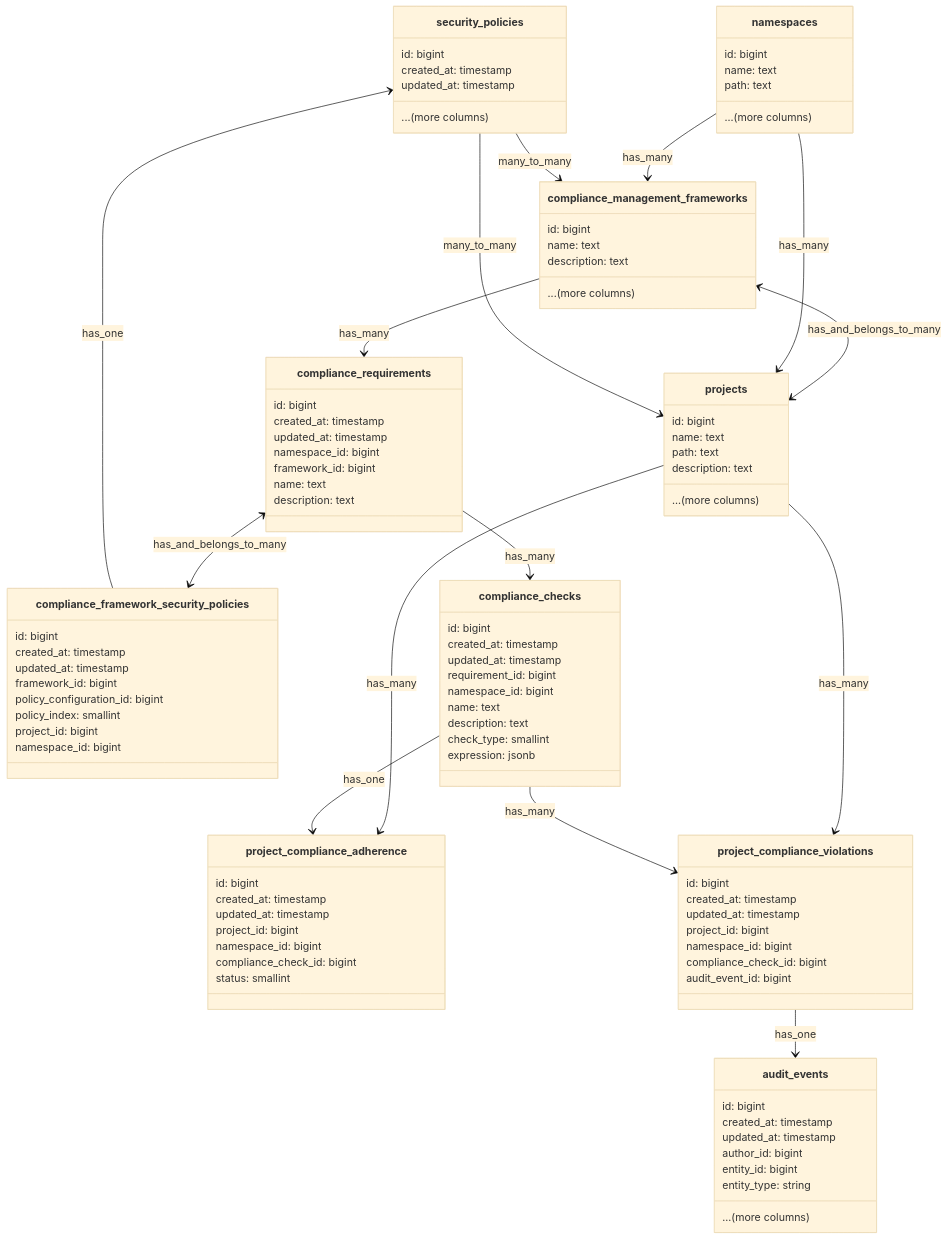
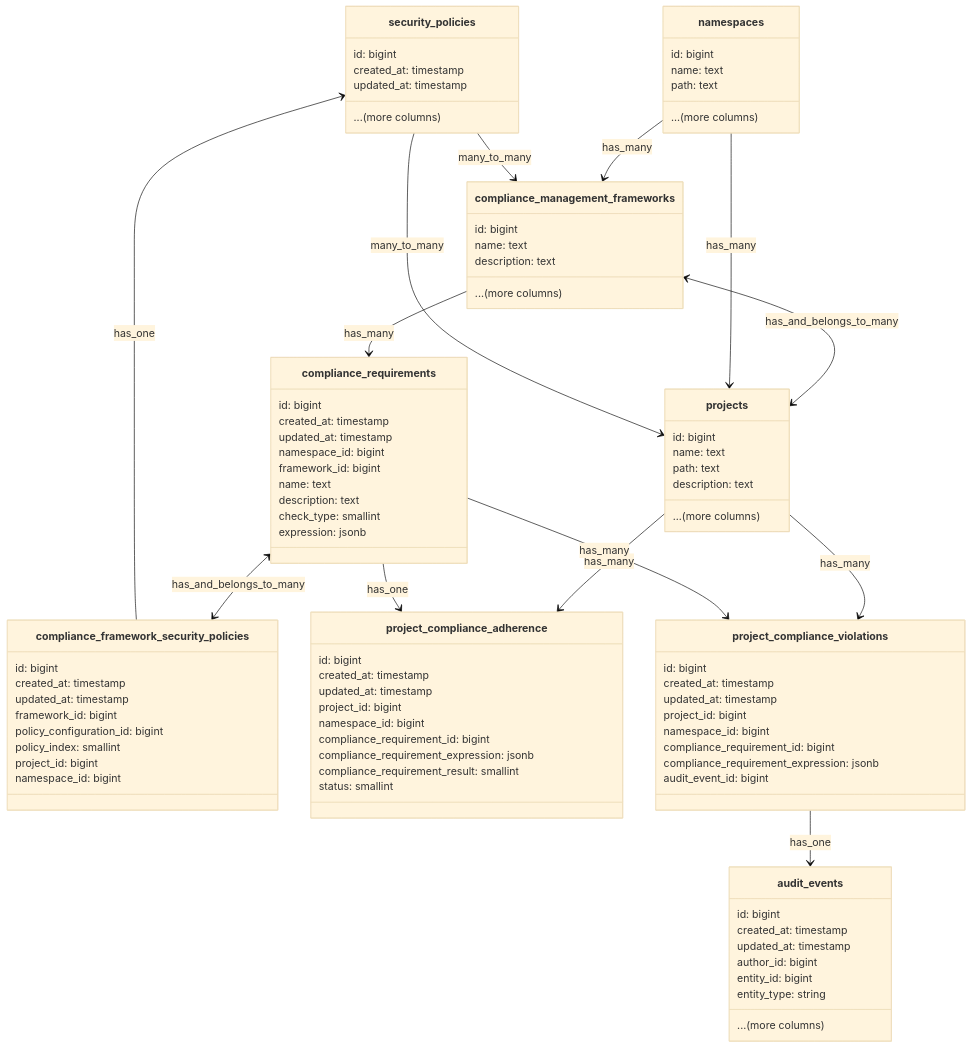
The diagram in content/handbook/engineering/architecture/design-documents/compliance-frameworks/decisions/004_violation_as_audit_events.md (moliver28/research-handbook), drawn with Mermaid (base theme) before and after one commit.

```diff
--- a/content/handbook/engineering/architecture/design-documents/compliance-frameworks/decisions/004_violation_as_audit_events.md
+++ b/content/handbook/engineering/architecture/design-documents/compliance-frameworks/decisions/004_violation_as_audit_events.md
@@ -50,6 +50,8 @@
     framework_id: bigint
     name: text
     description: text
+    check_type: smallint
+    expression: jsonb
 }
 
 class compliance_framework_security_policies {
@@ -63,25 +65,15 @@
     namespace_id: bigint
 }
 
-class compliance_checks {
-    id: bigint
-    created_at: timestamp
-    updated_at: timestamp
-    requirement_id: bigint
-    namespace_id: bigint
-    name: text
-    description: text
-    check_type: smallint
-    expression: jsonb
-}
-
 class project_compliance_adherence {
     id: bigint
     created_at: timestamp
     updated_at: timestamp
     project_id: bigint
     namespace_id: bigint
-    compliance_check_id: bigint
+    compliance_requirement_id: bigint
+    compliance_requirement_expression: jsonb
+    compliance_requirement_result: smallint
     status: smallint
 }
 
@@ -91,7 +83,8 @@
     updated_at: timestamp
     project_id: bigint
     namespace_id: bigint
-    compliance_check_id: bigint
+    compliance_requirement_id: bigint
+    compliance_requirement_expression: jsonb
     audit_event_id: bigint
 }
 
@@ -112,16 +105,15 @@
     ...(more columns)
 }
 
-compliance_requirements --> compliance_checks : has_many
 compliance_requirements <--> compliance_framework_security_policies : has_and_belongs_to_many
 compliance_management_frameworks --> compliance_requirements : has_many
 compliance_management_frameworks <--> projects : has_and_belongs_to_many
 namespaces --> projects : has_many
 namespaces --> compliance_management_frameworks : has_many
 projects --> project_compliance_adherence : has_many
-compliance_checks --> project_compliance_adherence : has_one
+compliance_requirements --> project_compliance_adherence : has_one
 projects --> project_compliance_violations : has_many
-compliance_checks --> project_compliance_violations : has_many
+compliance_requirements --> project_compliance_violations : has_many
 project_compliance_violations --> audit_events : has_one
 security_policies --> projects : many_to_many
 security_policies --> compliance_management_frameworks : many_to_many
```
